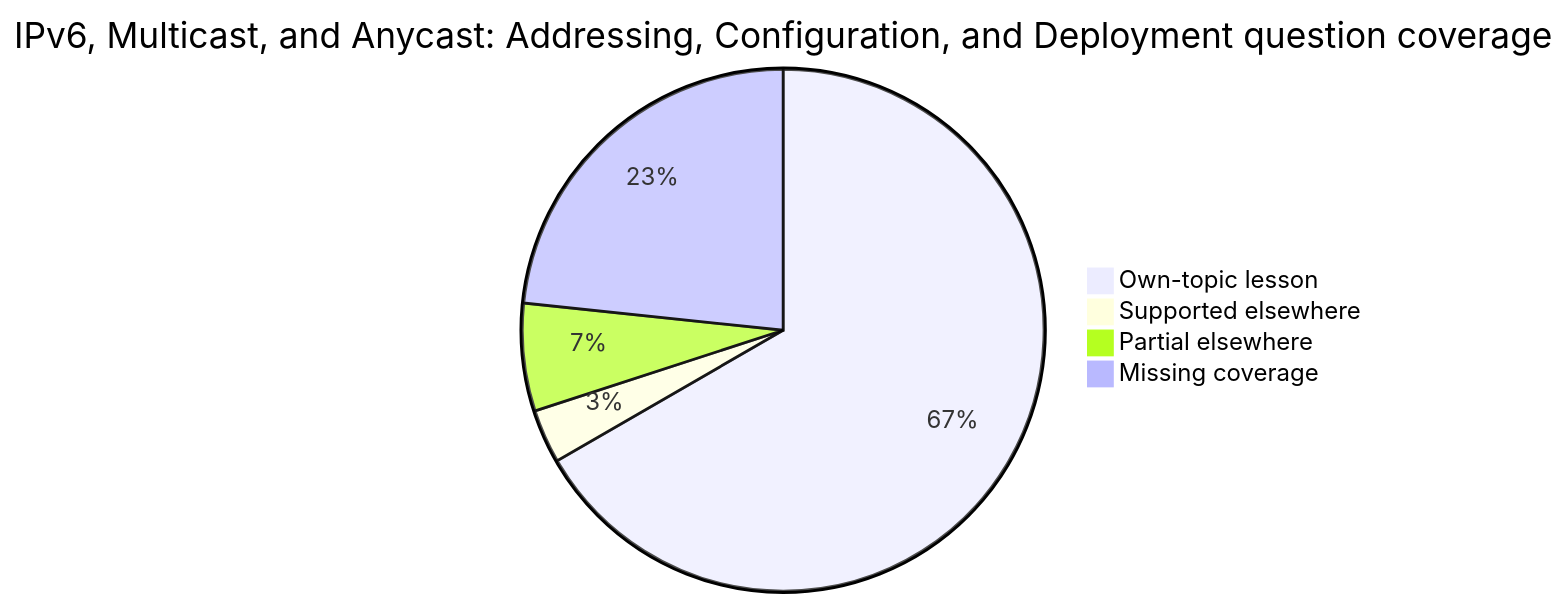
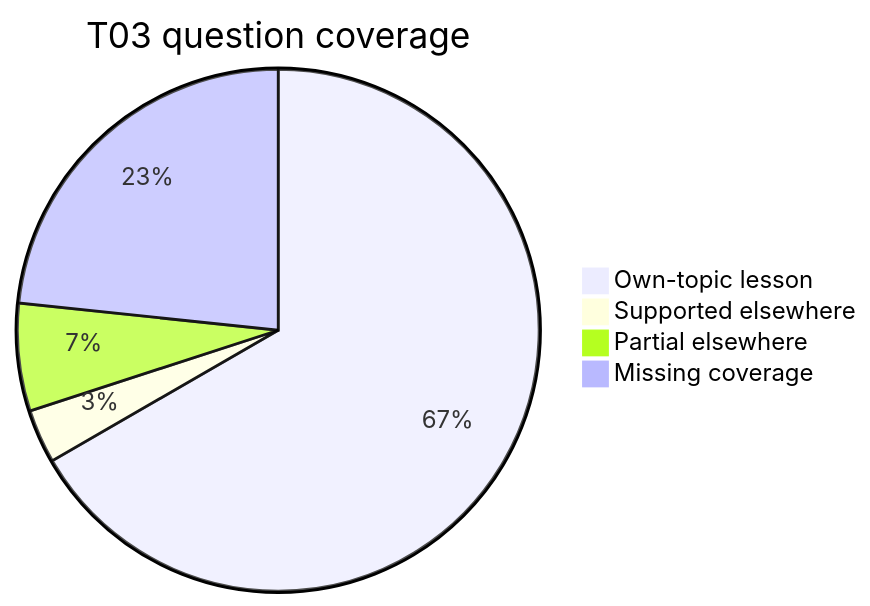
The fourth of 6 diagrams in PROGRESS.md (Zakoroo/computer_networks), drawn with Mermaid before and after one commit. The commit also changed other lines of this file and 7 other files, not shown here.

First line of the commit message:
Add quiz filtering tool and improve chart readability

````diff
--- a/PROGRESS.md
+++ b/PROGRESS.md
@@ -57,7 +57,7 @@
 ```mermaid
-pie title IPv6, Multicast, and Anycast: Addressing, Configuration, and Deployment question coverage
+pie title T03 question coverage
     "Own-topic lesson" : 20
     "Supported elsewhere" : 1
     "Partial elsewhere" : 2
     "Missing coverage" : 7
 ```
````
